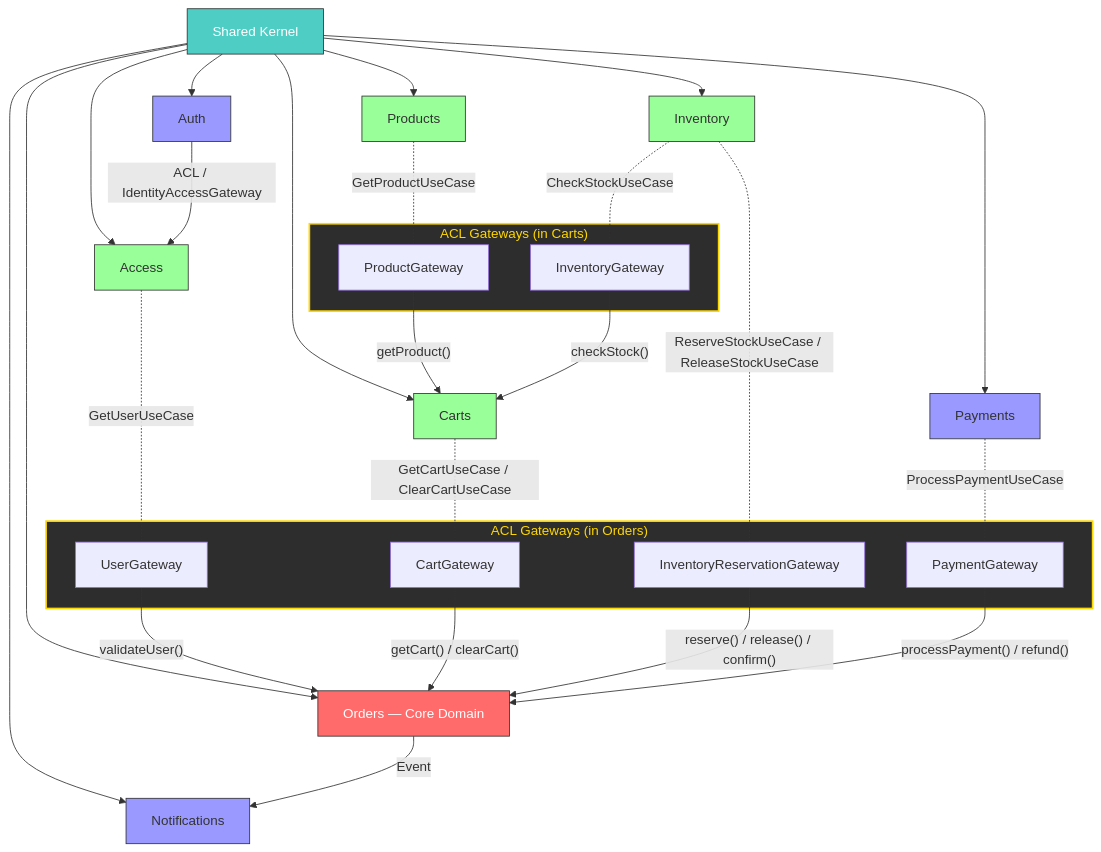
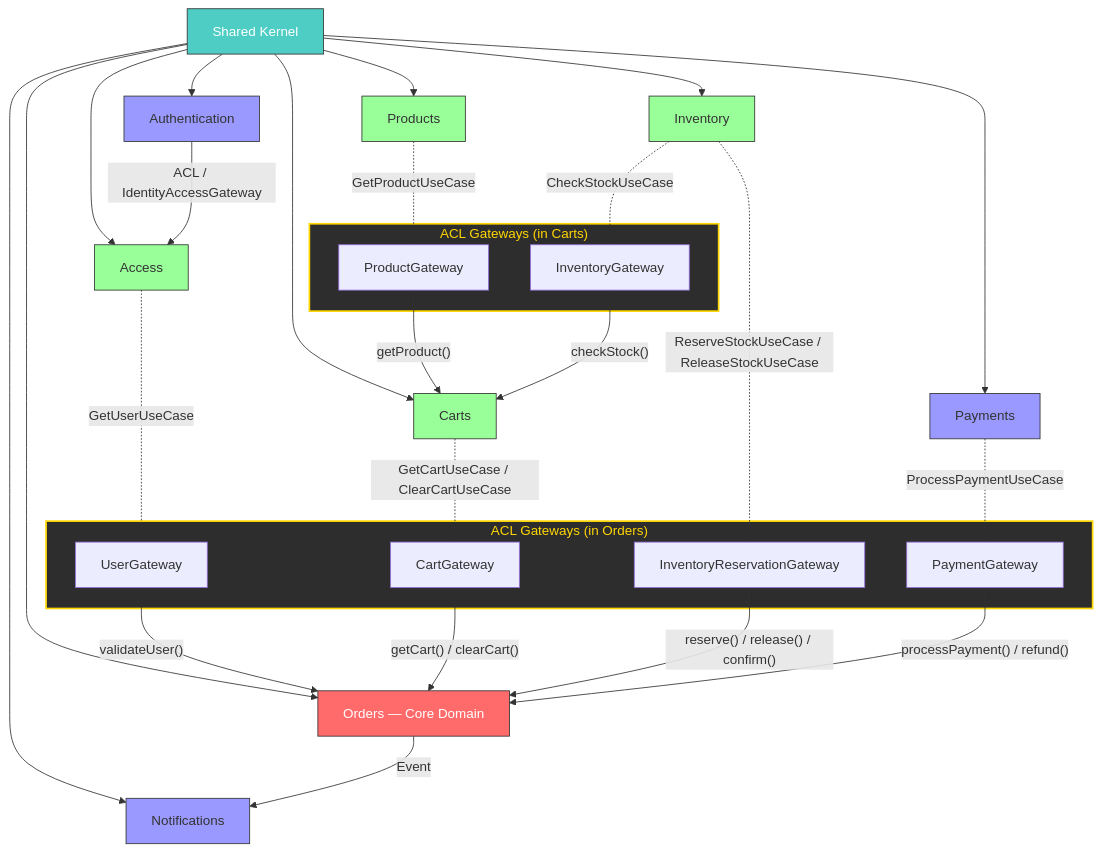
The first of 11 diagrams in docs/architecture/ARCHITECTURE.md (raouf-b-dev/ecommerce-store-api), drawn with Mermaid before and after one commit. The commit also changed other lines of this file and 13 other files, not shown here.

First line of the commit message:
ES-138: Update documentation and module references to reflect the transition from 'Auth' to 'Authentication' and 'Customers' to 'Access'

````diff
--- a/docs/architecture/ARCHITECTURE.md
+++ b/docs/architecture/ARCHITECTURE.md
@@ -40,53 +40,53 @@
 ```mermaid
 graph TD
     SK[Shared Kernel] --> Orders[Orders — Core Domain]
     SK --> Carts[Carts]
     SK --> Inventory[Inventory]
     SK --> Products[Products]
     SK --> Access[Access]
     SK --> Payments[Payments]
-    SK --> Auth[Auth]
+    SK --> Authentication[Authentication]
     SK --> Notifications[Notifications]
 
     subgraph ACL_Orders["ACL Gateways (in Orders)"]
         CustGW["UserGateway"]
         CartGW["CartGateway"]
         InvGW["InventoryReservationGateway"]
         PayGW["PaymentGateway"]
     end
 
     Access -.-|"GetUserUseCase"| CustGW
     Carts -.-|"GetCartUseCase / ClearCartUseCase"| CartGW
     Inventory -.-|"ReserveStockUseCase / ReleaseStockUseCase"| InvGW
     Payments -.-|"ProcessPaymentUseCase"| PayGW
 
     CustGW -->|"validateUser()"| Orders
     CartGW -->|"getCart() / clearCart()"| Orders
     InvGW -->|"reserve() / release() / confirm()"| Orders
     PayGW -->|"processPayment() / refund()"| Orders
 
     subgraph ACL_Carts["ACL Gateways (in Carts)"]
         ProdGW["ProductGateway"]
         InvGW2["InventoryGateway"]
     end
 
     Products -.-|"GetProductUseCase"| ProdGW
     Inventory -.-|"CheckStockUseCase"| InvGW2
 
     ProdGW -->|"getProduct()"| Carts
     InvGW2 -->|"checkStock()"| Carts
 
-    Auth -->|"ACL / IdentityAccessGateway"| Access
+    Authentication -->|"ACL / IdentityAccessGateway"| Access
     Orders -->|"Event"| Notifications
 
     style Orders fill:#ff6b6b,stroke:#333,color:#fff
     style SK fill:#4ecdc4,stroke:#333,color:#fff
     style ACL_Orders fill:#2d2d2d,stroke:#ffd700,color:#ffd700,stroke-width:2px
     style ACL_Carts fill:#2d2d2d,stroke:#ffd700,color:#ffd700,stroke-width:2px
 
     classDef support fill:#99ff99,stroke:#333,stroke-width:1px;
     classDef generic fill:#9999ff,stroke:#333,stroke-width:1px;
 
     class Inventory,Products,Carts,Access support;
-    class Payments,Auth,Notifications generic;
+    class Payments,Authentication,Notifications generic;
 ```
````
